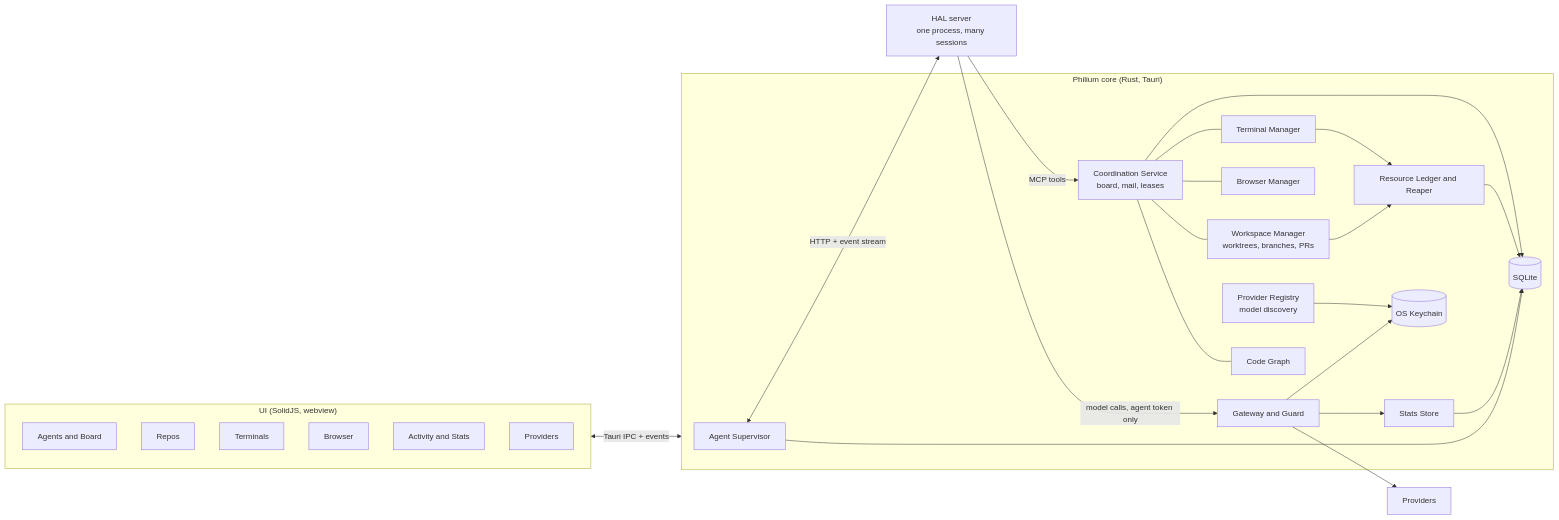
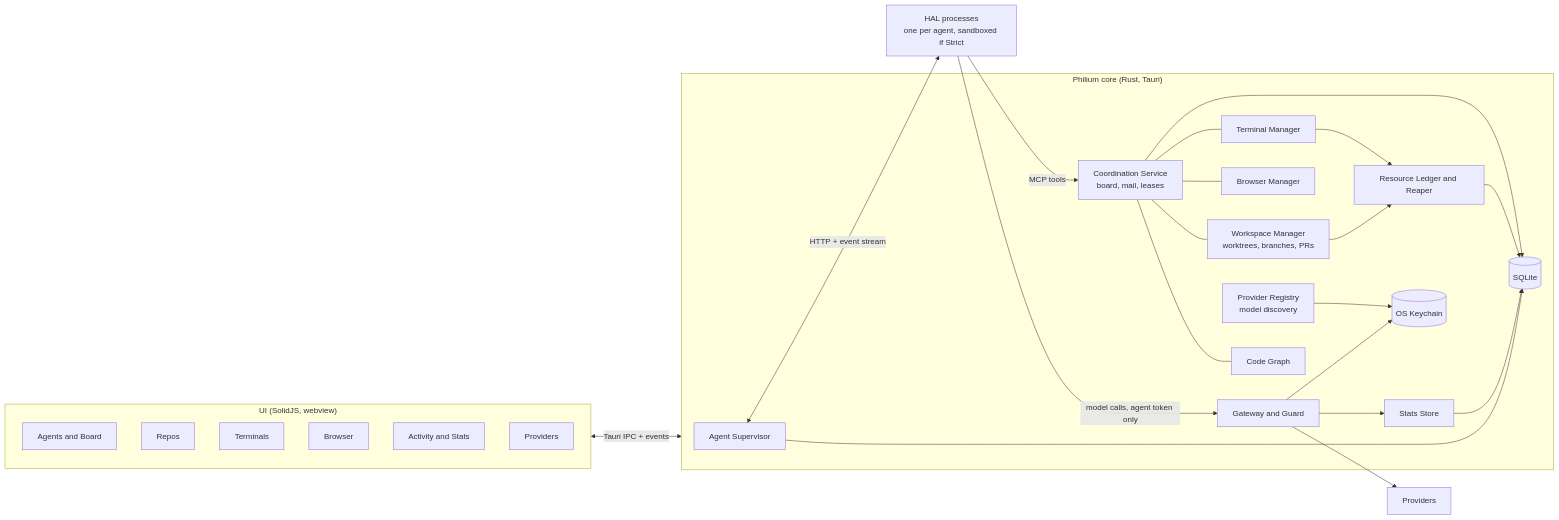
Before and after one commit to fimgu/philium: the first of 8 diagrams in docs/SPEC.md, drawn with Mermaid. The commit also changed other lines of this file, not shown here.

Commit message:
docs(spec): one HAL per agent, OS sandbox design for strict mode

````diff
--- a/docs/SPEC.md
+++ b/docs/SPEC.md
@@ -62,48 +62,48 @@
 ```mermaid
 flowchart LR
   subgraph UI["UI (SolidJS, webview)"]
     V1[Agents and Board]
     V2[Repos]
     V3[Terminals]
     V4[Browser]
     V5[Activity and Stats]
     V6[Providers]
   end
 
   subgraph CORE["Philium core (Rust, Tauri)"]
     SUP[Agent Supervisor]
     COORD[Coordination Service<br/>board, mail, leases]
     WS[Workspace Manager<br/>worktrees, branches, PRs]
     LED[Resource Ledger and Reaper]
     PTY[Terminal Manager]
     BRW[Browser Manager]
     GW[Gateway and Guard]
     PRV[Provider Registry<br/>model discovery]
     STATS[Stats Store]
     GRAPH[Code Graph]
     DB[(SQLite)]
     KC[(OS Keychain)]
   end
 
-  HAL[HAL server<br/>one process, many sessions]
+  HAL[HAL processes<br/>one per agent, sandboxed if Strict]
   P1[Providers]
 
   UI <-->|Tauri IPC + events| CORE
   SUP <-->|HTTP + event stream| HAL
   HAL -->|model calls, agent token only| GW
   GW --> P1
   HAL -->|MCP tools| COORD
   COORD --- PTY
   COORD --- BRW
   COORD --- GRAPH
   COORD --- WS
   PTY --> LED
   WS --> LED
   GW --> STATS
   PRV --> KC
   GW --> KC
   COORD --> DB
   LED --> DB
   STATS --> DB
   SUP --> DB
 ```
````
